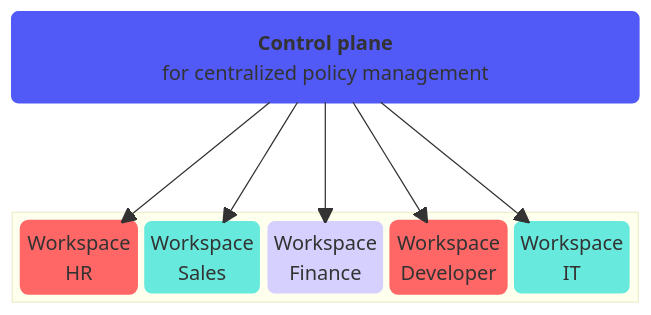
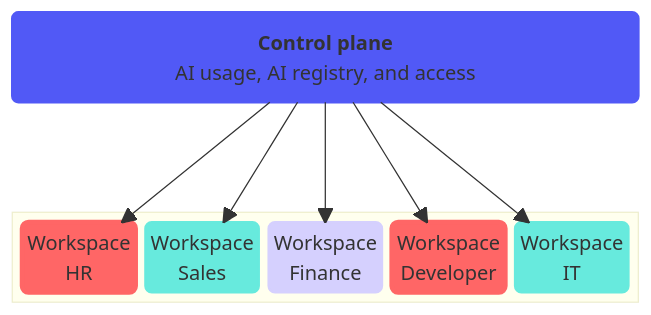
One commit to aniketpitre/Workato-Claude-MCP changed the diagram in kb/docs/en/control-plane.md. Above: the diagram before and after it, drawn with Mermaid. The commit also changed other lines of this file and 32 other files, not shown here.

````diff
--- a/kb/docs/en/control-plane.md
+++ b/kb/docs/en/control-plane.md
@@ -24,27 +31,27 @@
 ```mermaid
 block
 space
-  D ("<strong>Control plane</strong><br/>for centralized policy management")
+  D ("<strong>Control plane</strong><br/>AI usage, AI registry, and access")
   space
 columns 1
   block:ID
     A("Workspace<br/>HR")
     B("Workspace<br/>Sales")
     C("Workspace<br/>Finance")
     E("Workspace<br/>Developer")
     G("Workspace<br/>IT")
   end
   D ----> B
   D ----> C
   D ----> A
   D ----> E
   D ----> G
 classDef WorkatoTeal fill:#67eadd,stroke:#67eadd,stroke-width:2px,color:#000;
 classDef WorkatoPurple fill:#d5d0fe,stroke:#d5d0fe,stroke-width:2px,color:#000;
 classDef WorkatoPink fill:#f66,stroke:#f66,stroke-width:4px,color:#fff;
 classDef WorkatoBlue fill:#5159f6,stroke:#5159f6,stroke-width:2px,color:#fff;
 class C WorkatoPurple
 class B,G WorkatoTeal
 class D WorkatoBlue
 class A,E WorkatoPink
 ```
````
